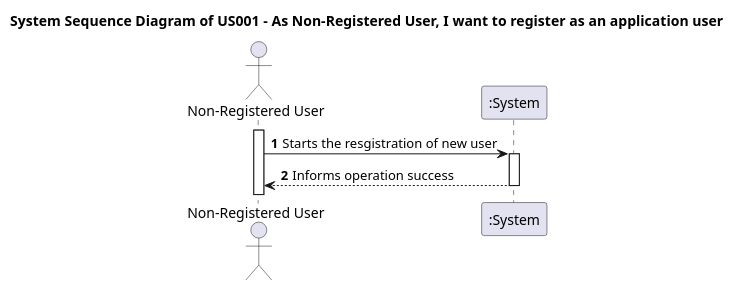
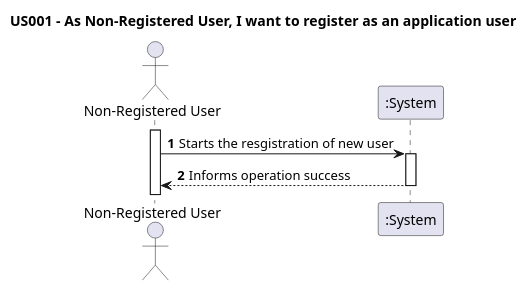
One commit to nunogon1211787/projectManagement changed the diagram in docs/Sprint1/US001/US001-SSD.puml. Above: the diagram before and after it, drawn with PlantUML. The commit also changed 9 other files, not shown here.

```diff
--- a/docs/Sprint1/US001/US001-SSD.puml
+++ b/docs/Sprint1/US001/US001-SSD.puml
@@ -1,19 +1,19 @@
 @startuml
 'https://plantuml.com/sequence-diagram
 
-title System Sequence Diagram of US001 - As Non-Registered User, I want to register as an application user
+title US001 - As Non-Registered User, I want to register as an application user
 
 autoactivate on
 autonumber
 
 actor "Non-Registered User" as User
 participant ":System" as System
 
 activate User
 
 User -> System:Starts the resgistration of new user
 'System --> User: request the required data: Name, E-mail, Function, Password, Password Confirmation and photo(optional)
 
 'User -> System: Types required data
 User <-- System: Informs operation success
 @enduml
```
